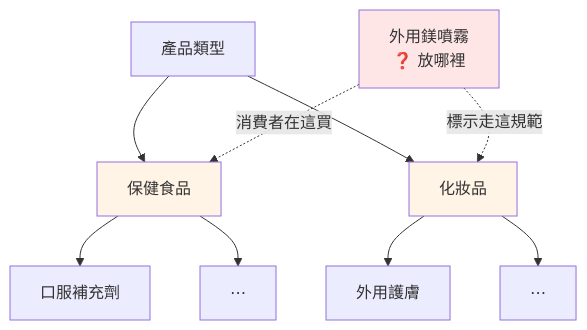
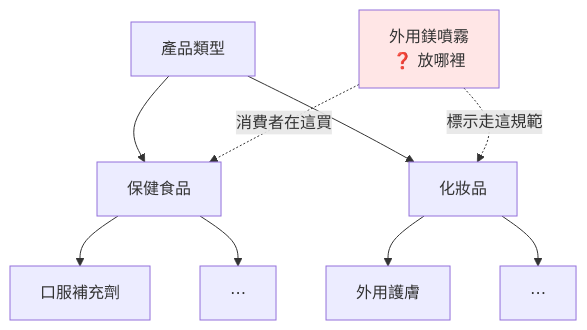
Before and after one commit to mapleelpam/LuminNexus-LearningMap: the sixth of 7 diagrams in general/classification-terminology.md, drawn with Mermaid. The commit also changed other lines of this file and 1 other file, not shown here.

````diff
--- a/general/classification-terminology.md
+++ b/general/classification-terminology.md
@@ -221,16 +305,14 @@
 ```mermaid
 graph TD
     R["產品類型"] --> A["保健食品"]
     R --> B["化妝品"]
     A --> A1["口服補充劑"]
     A --> A2["⋯"]
     B --> B1["外用護膚"]
     B --> B2["⋯"]
 
     S["外用鎂噴霧<br/>❓ 放哪裡"] -.->|"消費者在這買"| A
     S -.->|"標示走這規範"| B
 
     style S fill:#ffe6e6
-    style A fill:#fff4e6
-    style B fill:#fff4e6
 ```
````
